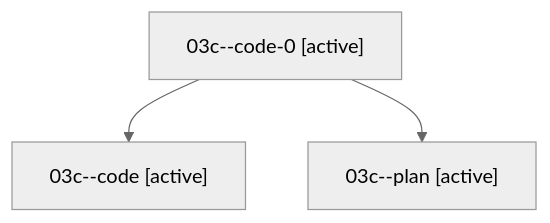
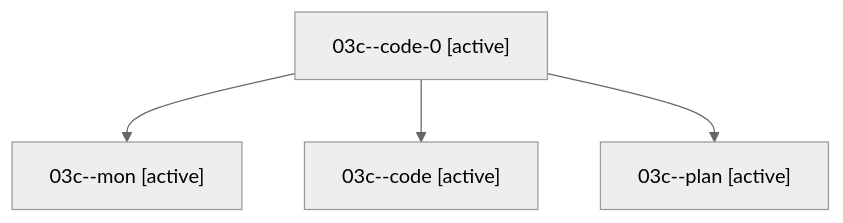
Before and after one commit to sase-org/sase--agents: the diagram in families/bbugyi200.athena.03c.md, drawn with Mermaid (neutral theme). The commit also changed other lines of this file and 14 other files, not shown here.

````diff
--- a/families/bbugyi200.athena.03c.md
+++ b/families/bbugyi200.athena.03c.md
@@ -9,8 +9,10 @@
 ```mermaid
 flowchart TD
   n0["03c--code-0 [active]"]
-  n1["03c--code [active]"]
+  n1["03c--mon [active]"]
   n0 --> n1
-  n2["03c--plan [active]"]
+  n2["03c--code [active]"]
   n0 --> n2
+  n3["03c--plan [active]"]
+  n0 --> n3
 ```
````
